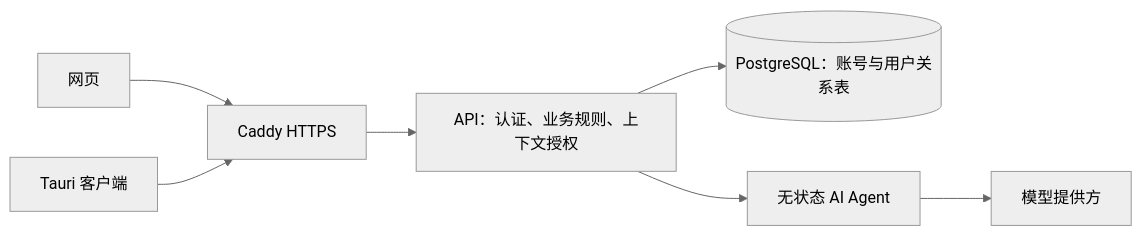
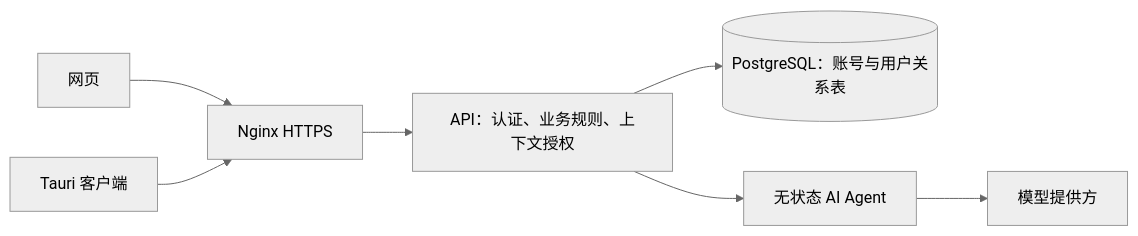
Before and after one commit to lokinko/mario: the diagram in docs/architecture.md, drawn with Mermaid (neutral theme). The commit also changed 38 other files, not shown here.

````diff
--- a/docs/architecture.md
+++ b/docs/architecture.md
@@ -5,9 +5,9 @@
 ```mermaid
 flowchart LR
-    W[网页] --> G[Caddy HTTPS]
+    W[网页] --> G[Nginx HTTPS]
     C[Tauri 客户端] --> G
     G --> A[API：认证、业务规则、上下文授权]
     A --> P[(PostgreSQL：账号与用户关系表)]
     A --> R[无状态 AI Agent]
     R --> M[模型提供方]
 ```
````
